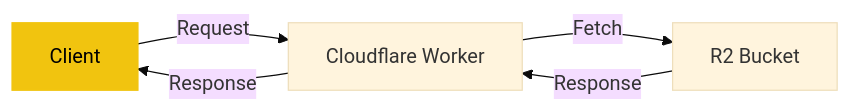
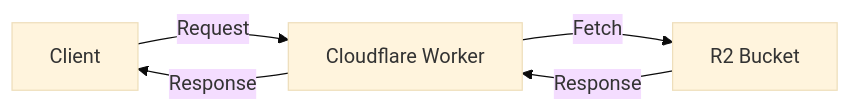
One commit to DeepSRT/deepsrt-provider changed the first of 2 diagrams in README.md. Above: the diagram before and after it, drawn with Mermaid (base theme). The commit also changed other lines of this file, not shown here.

````diff
--- a/README.md
+++ b/README.md
@@ -48,9 +48,7 @@
 ```mermaid
 flowchart LR
     A[Client] -->|Request| B[Cloudflare Worker]
     B -->|Fetch| C[R2 Bucket]
     C -->|Response| B
     B -->|Response| A
-    
-    style A fill:#F1C40F,stroke:#F1C40F,color:#000000
 ```
````
